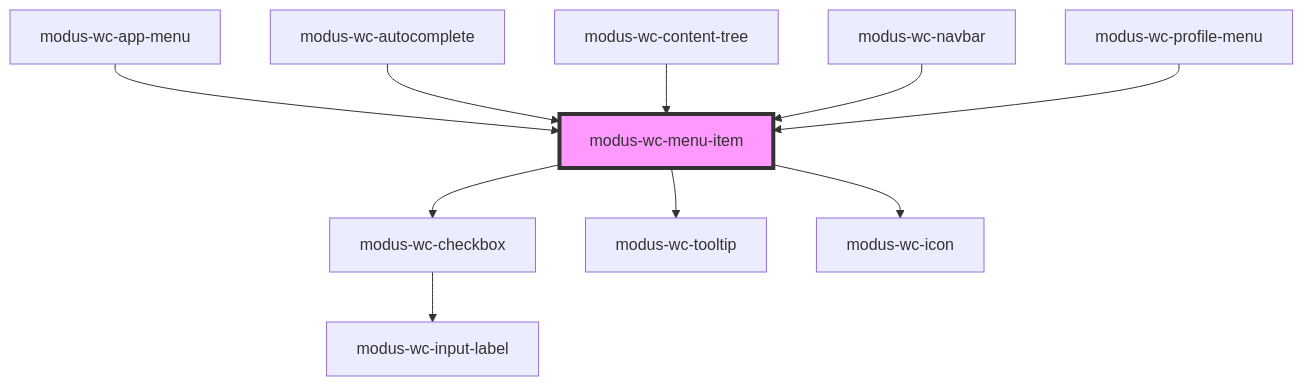
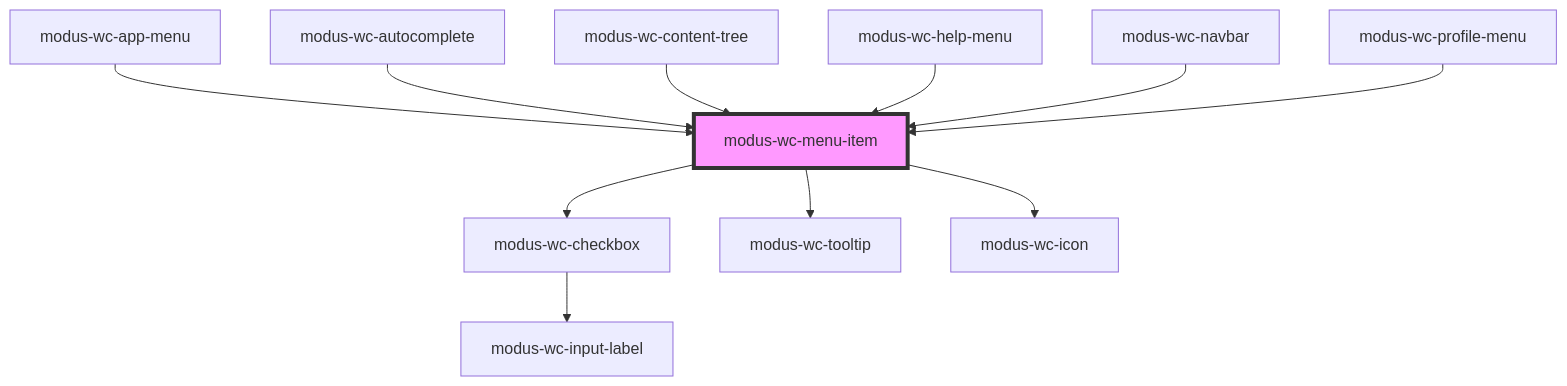
The diagram in src/components/modus-wc-menu-item/readme.md (trimble-oss/modus-wc-2.0), drawn with Mermaid before and after one commit. The commit also changed other lines of this file and 13 other files, not shown here.

Commit message:
Add help menu component (#1575)

````diff
--- a/src/components/modus-wc-menu-item/readme.md
+++ b/src/components/modus-wc-menu-item/readme.md
@@ -70,13 +71,14 @@
 ```mermaid
 graph TD;
   modus-wc-menu-item --> modus-wc-checkbox
   modus-wc-menu-item --> modus-wc-tooltip
   modus-wc-menu-item --> modus-wc-icon
   modus-wc-checkbox --> modus-wc-input-label
   modus-wc-app-menu --> modus-wc-menu-item
   modus-wc-autocomplete --> modus-wc-menu-item
   modus-wc-content-tree --> modus-wc-menu-item
+  modus-wc-help-menu --> modus-wc-menu-item
   modus-wc-navbar --> modus-wc-menu-item
   modus-wc-profile-menu --> modus-wc-menu-item
   style modus-wc-menu-item fill:#f9f,stroke:#333,stroke-width:4px
 ```
````
